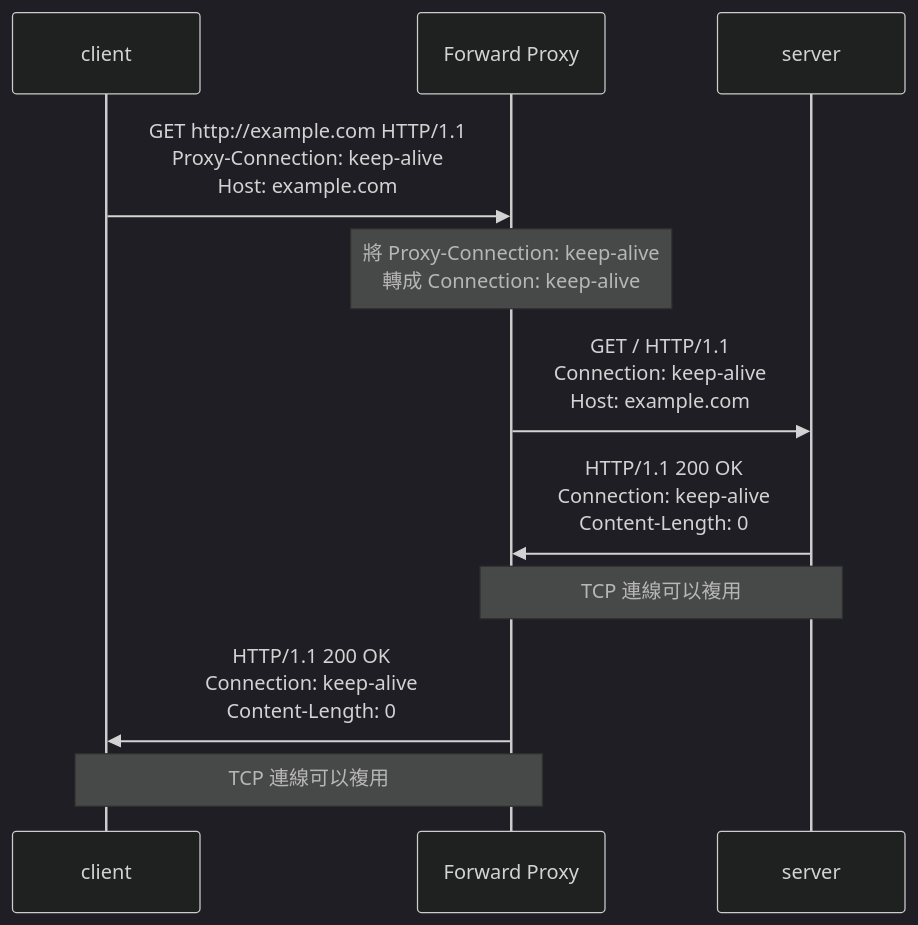
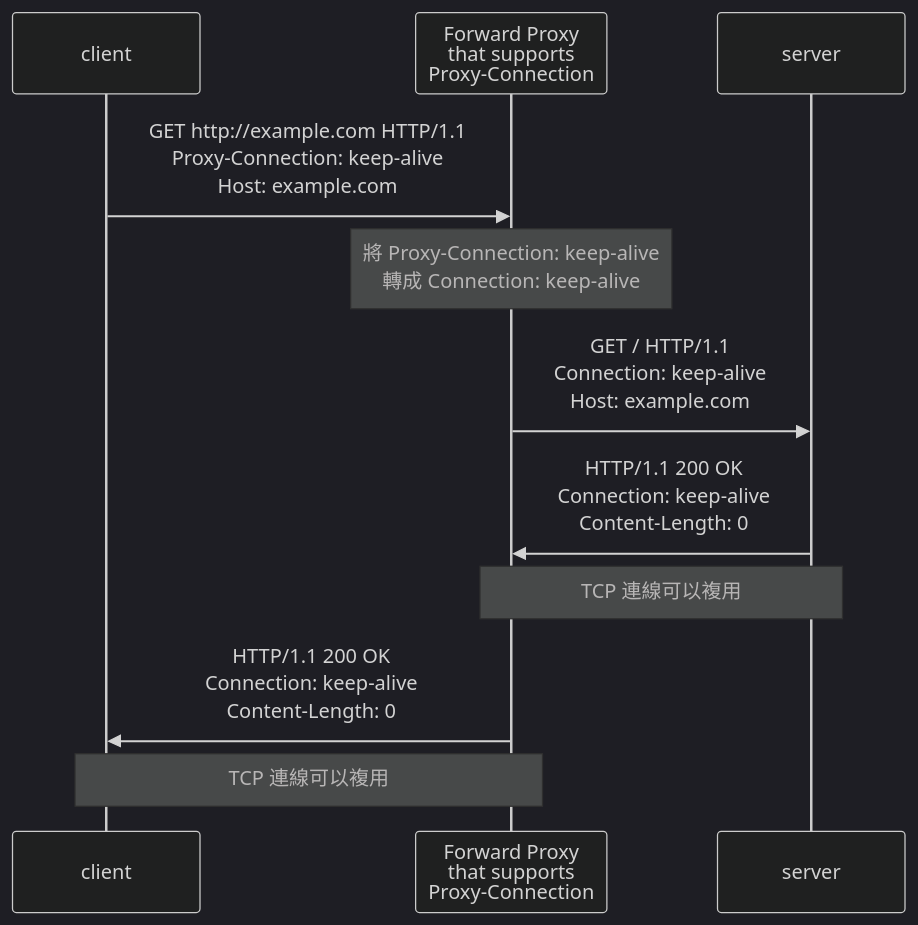
One commit to samuel871211/yusheng-tech-blog changed the eighth of 8 diagrams in docs/nodejs/http_proxy.md. Above: the diagram before and after it, drawn with Mermaid (dark theme). The commit also changed other lines of this file and 8 other files, not shown here.

````diff
--- a/docs/nodejs/http_proxy.md
+++ b/docs/nodejs/http_proxy.md
@@ -261,14 +277,14 @@
 ```mermaid
 sequenceDiagram
   participant C as client
-  participant P as Forward Proxy
+  participant P as Forward Proxy<br/>that supports<br/>Proxy-Connection
   participant S as server
 
   C ->> P: GET http://example.com HTTP/1.1<br/>Proxy-Connection: keep-alive<br/>Host: example.com
   Note over P: 將 Proxy-Connection: keep-alive<br/>轉成 Connection: keep-alive
   P ->> S: GET / HTTP/1.1<br/>Connection: keep-alive<br/>Host: example.com
   S ->> P: HTTP/1.1 200 OK<br/>Connection: keep-alive<br/>Content-Length: 0
   Note over P, S: TCP 連線可以複用
   P ->> C: HTTP/1.1 200 OK<br/>Connection: keep-alive<br/>Content-Length: 0
   Note over C, P: TCP 連線可以複用
 ```
````
